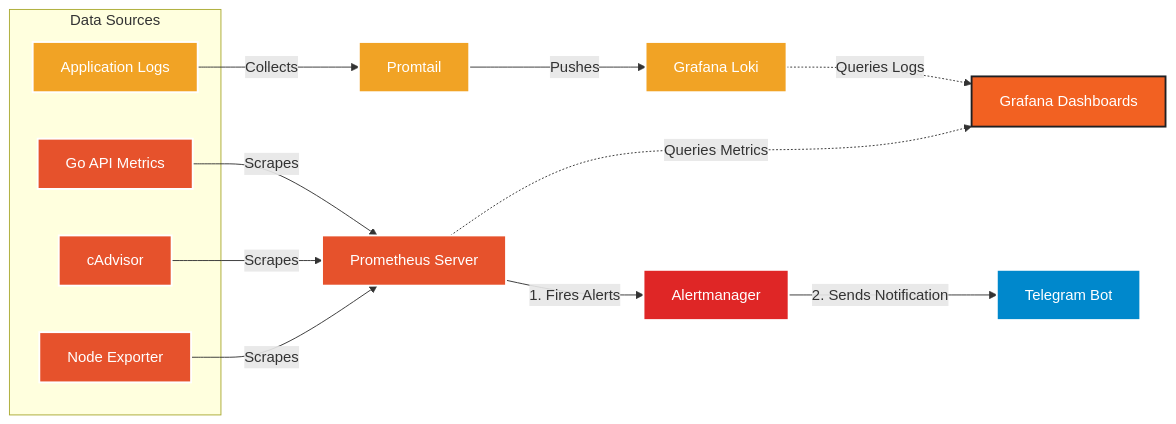
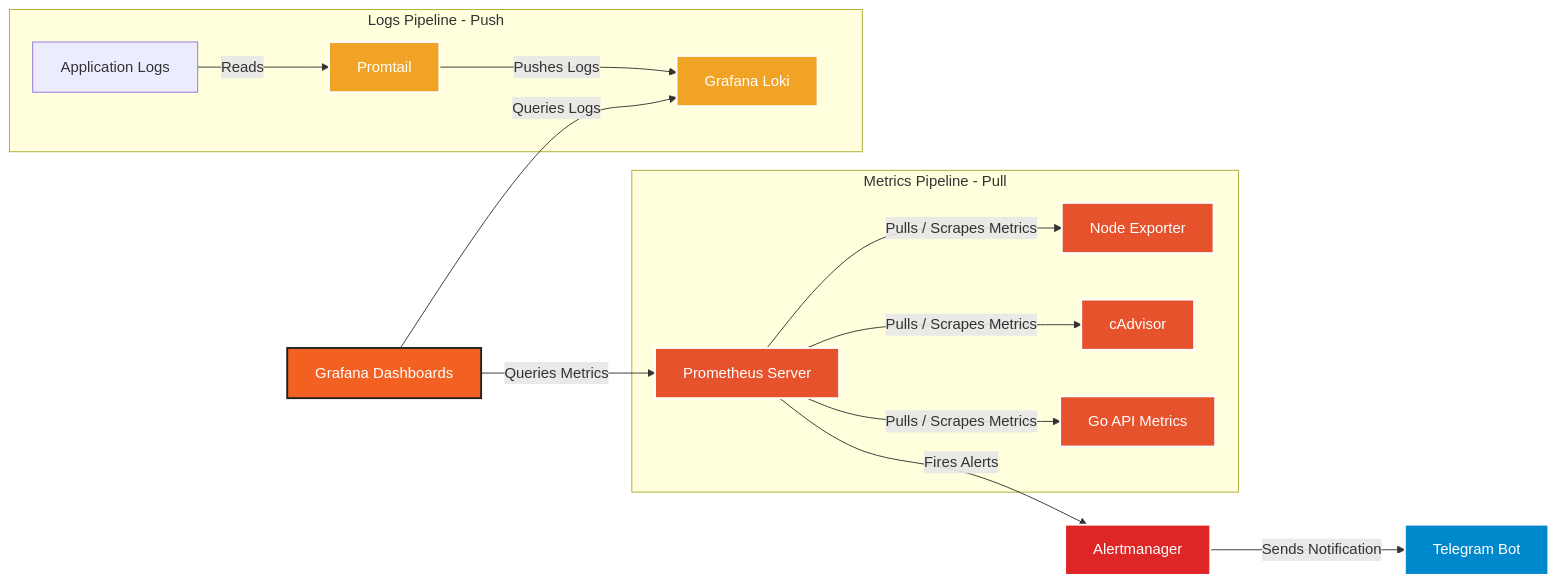
The diagram in README.md (whosthefunkyy/monitoring), drawn with Mermaid before and after one commit.

Commit message:
Revise monitoring stack architecture in README
Updated the README to reflect changes in the monitoring stack architecture, including new log and metrics pipelines.

````diff
--- a/README.md
+++ b/README.md
@@ -1,37 +1,34 @@
 ```mermaid
 graph LR
     %% Стилизация блоков
     classDef collector fill:#E6522C,stroke:#fff,stroke-width:2px,color:#fff;
     classDef prom fill:#E6522C,stroke:#fff,stroke-width:2px,color:#fff;
     classDef loki fill:#F1A325,stroke:#fff,stroke-width:2px,color:#fff;
     classDef grafana fill:#F26122,stroke:#fff,stroke-width:2px,color:#fff;
     classDef alert fill:#DF2626,stroke:#fff,stroke-width:2px,color:#fff;
     classDef tg fill:#0088cc,stroke:#fff,stroke-width:2px,color:#fff;
 
-    %% Источники данных (Слева)
-    subgraph Data_Sources [Data Sources]
-        Node[Node Exporter]:::collector
-        Cadvisor[cAdvisor]:::collector
-        GoAPI[Go API Metrics]:::collector
-        Logs[Application Logs]:::loki
+    %% Пайплайн Логов (Push-модель)
+    subgraph Logs_Pipeline [Logs Pipeline - Push]
+        Logs[Application Logs] -->|Reads| Tail[Promtail]:::loki
+        Tail -->|Pushes Logs| Loki[Grafana Loki]:::loki
     end
 
-    %% Сборщики и Хранилища (В центре)
-    Logs -->|Collects| Tail[Promtail]:::loki
-    Tail -->|Pushes| Loki[Grafana Loki]:::loki
+    %% Пайплайн Метрик (Pull-модель)
+    subgraph Metrics_Pipeline [Metrics Pipeline - Pull]
+        Prom[Prometheus Server]:::prom -->|Pulls / Scrapes Metrics| Node[Node Exporter]:::collector
+        Prom -->|Pulls / Scrapes Metrics| Cadvisor[cAdvisor]:::collector
+        Prom -->|Pulls / Scrapes Metrics| GoAPI[Go API Metrics]:::collector
+    end
 
-    Node -->|Scrapes| Prom[Prometheus Server]:::prom
-    Cadvisor -->|Scrapes| Prom
-    GoAPI -->|Scrapes| Prom
+    %% Визуализация (Grafana забирает данные из хранилищ)
+    Grafana[Grafana Dashboards]:::grafana -->|Queries Metrics| Prom
+    Grafana -->|Queries Logs| Loki
 
-    %% Визуализация и Алертинг (Справа)
-    Grafana[Grafana Dashboards]:::grafana
-    Prom -.->|Queries Metrics| Grafana
-    Loki -.->|Queries Logs| Grafana
+    %% Оповещения
+    Prom -->|Fires Alerts| AM[Alertmanager]:::alert
+    AM -->|Sends Notification| TG[Telegram Bot]:::tg
 
-    Prom -->|1. Fires Alerts| AM[Alertmanager]:::alert
-    AM -->|2. Sends Notification| TG[Telegram Bot]:::tg
-
-    %% Принудительное выравнивание для красивой сетки
+    %% Тонкая настройка стилей
     style Grafana fill:#F26122,stroke:#1F1F22,stroke-width:2px,color:#fff;
 ```
````
